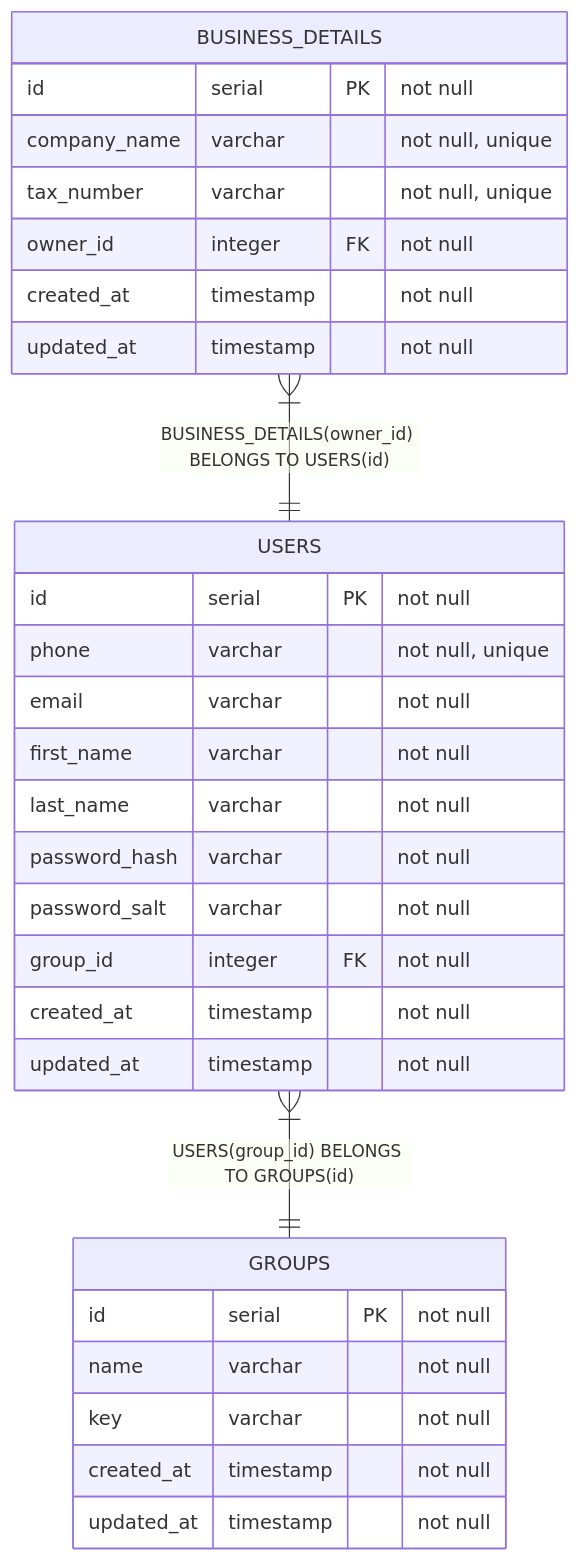
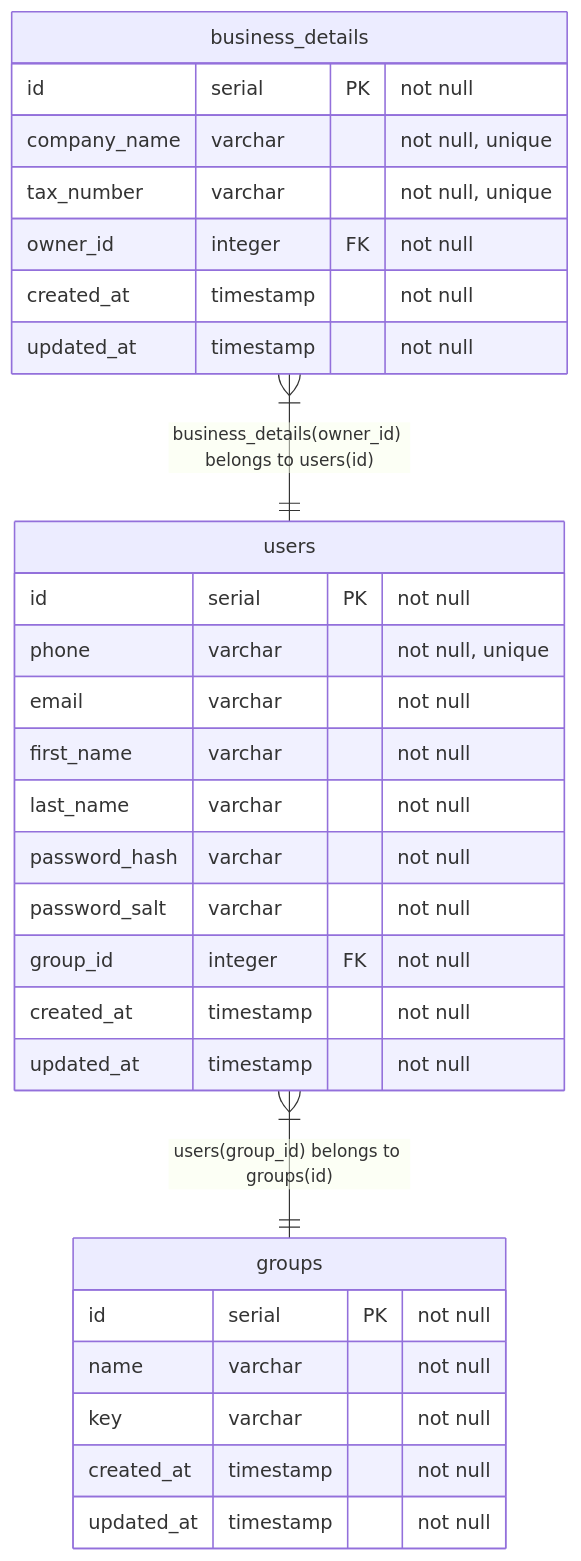
Before and after one commit to BinaryStudioAcademy/bsa-2023-towhub: the diagram in readme.md, drawn with Mermaid.

Commit message:
th-9: * tables name to lowercase

````diff
--- a/readme.md
+++ b/readme.md
@@ -45,38 +45,38 @@
 ```mermaid
 
 erDiagram
 
-    USERS {
+    users {
         id serial PK "not null"
         phone varchar "not null, unique"
         email varchar "not null"
         first_name varchar "not null"
         last_name varchar "not null"
         password_hash varchar "not null"
         password_salt varchar "not null"
         group_id integer FK "not null"
         created_at timestamp "not null"
         updated_at timestamp "not null"
     }
 
-    GROUPS {
+    groups {
         id serial PK "not null"
         name varchar "not null"
         key varchar "not null"
         created_at timestamp "not null"
         updated_at timestamp "not null"
     }
 
-    BUSINESS_DETAILS {
+    business_details {
         id serial PK "not null"
         company_name varchar "not null, unique"
         tax_number varchar "not null, unique"
         owner_id integer FK "not null"
         created_at timestamp "not null"
         updated_at timestamp "not null"
     }
 
-    USERS one or many -- one GROUPS: "USERS(group_id) BELONGS TO GROUPS(id)"
-    BUSINESS_DETAILS one or many -- one USERS: "BUSINESS_DETAILS(owner_id) BELONGS TO USERS(id)"
+    users one or many -- one groups: "users(group_id) belongs to groups(id)"
+    business_details one or many -- one users: "business_details(owner_id) belongs to users(id)"
 
 ```
````
